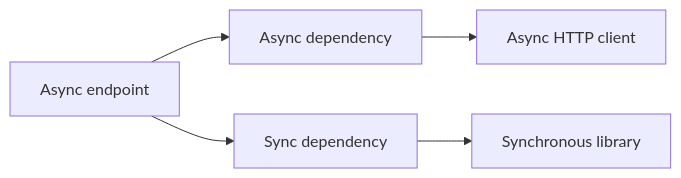
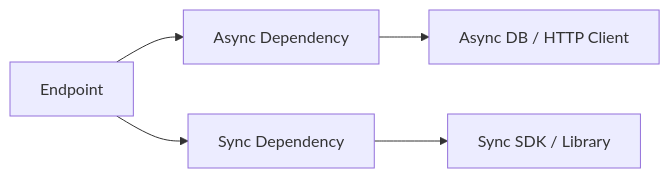
Before and after one commit to AvadhBhalodiya/Interview-Preparation: the sixth of 11 diagrams in src/content/fastapi/dependency-injection-depends.md, drawn with Mermaid. The commit also changed other lines of this file and 80 other files, not shown here.

````diff
--- a/src/content/fastapi/dependency-injection-depends.md
+++ b/src/content/fastapi/dependency-injection-depends.md
@@ -939,7 +533,7 @@
 ```mermaid
 flowchart LR
-    A[Async endpoint] --> B[Async dependency]
-    A --> C[Sync dependency]
-    B --> D[Async HTTP client]
-    C --> E[Synchronous library]
+    A[Endpoint] --> B[Async Dependency]
+    A --> C[Sync Dependency]
+    B --> D[Async DB / HTTP Client]
+    C --> E[Sync SDK / Library]
 ```
````
